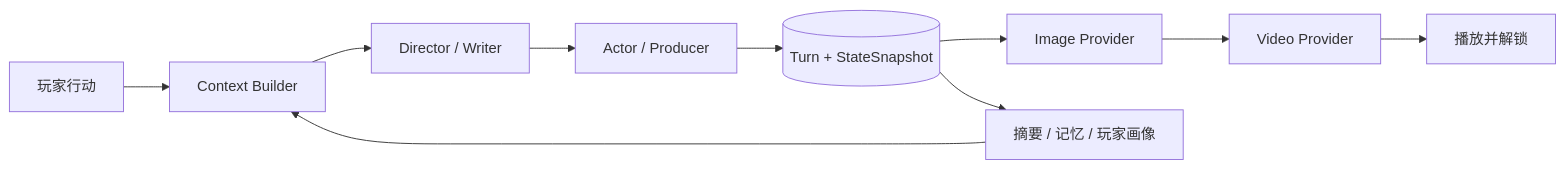
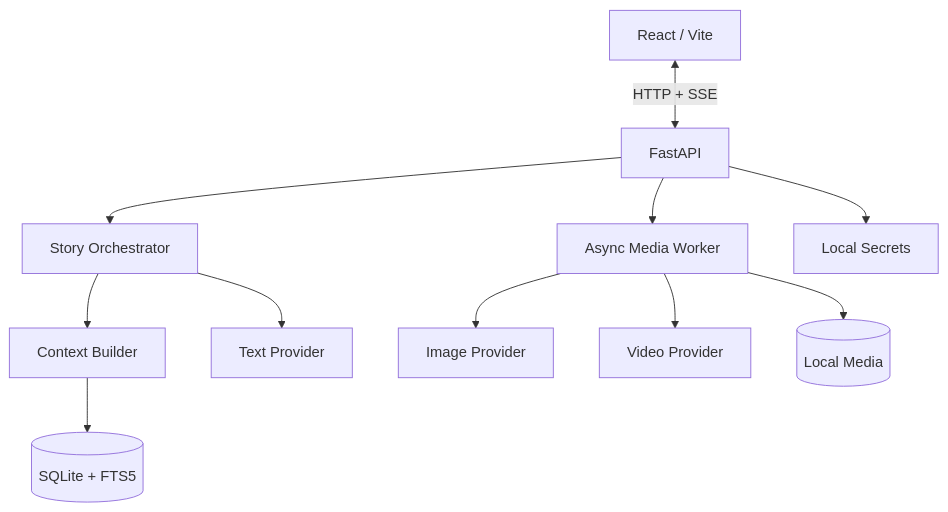
One commit to yushui2022/AI-galgame changed the second of 2 diagrams in README.md. Above: the diagram before and after it, drawn with Mermaid. The commit also changed other lines of this file and 1 other file, not shown here.

````diff
--- a/README.md
+++ b/README.md
@@ -111,12 +162,13 @@
 ```mermaid
-flowchart LR
-    U[玩家行动] --> C[Context Builder]
-    C --> D[Director / Writer]
-    D --> P[Actor / Producer]
-    P --> T[(Turn + StateSnapshot)]
-    T --> I[Image Provider]
-    I --> V[Video Provider]
-    V --> UI[播放并解锁]
-    T --> M[摘要 / 记忆 / 玩家画像]
-    M --> C
+flowchart TB
+    UI[React / Vite] <-->|HTTP + SSE| API[FastAPI]
+    API --> ORCH[Story Orchestrator]
+    ORCH --> CTX[Context Builder]
+    CTX --> DB[(SQLite + FTS5)]
+    ORCH --> LLM[Text Provider]
+    API --> WORKER[Async Media Worker]
+    WORKER --> IMAGE[Image Provider]
+    WORKER --> VIDEO[Video Provider]
+    WORKER --> MEDIA[(Local Media)]
+    API --> SECRETS[Local Secrets]
 ```
````
